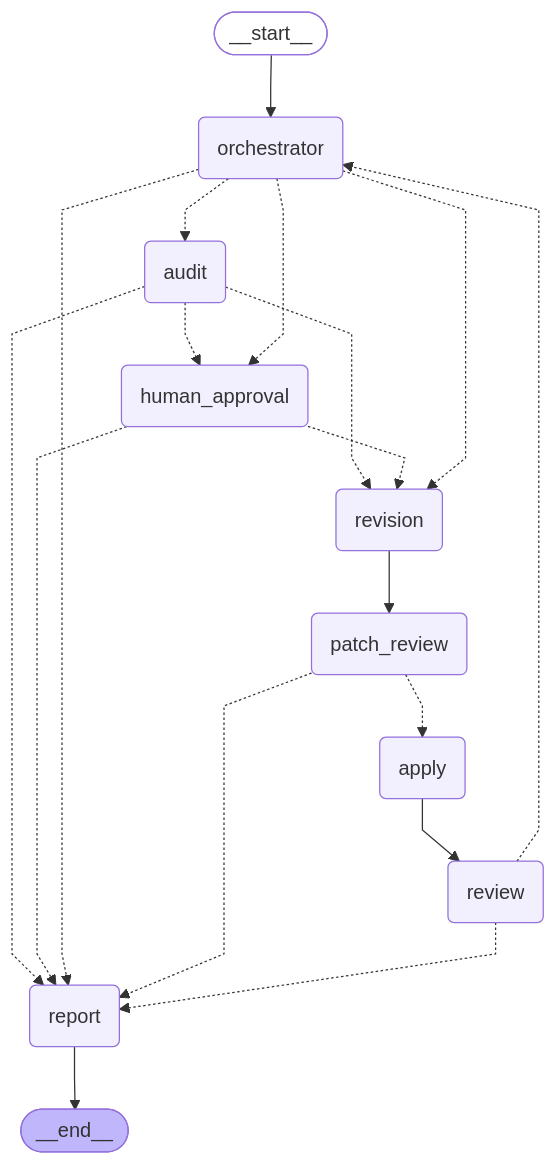
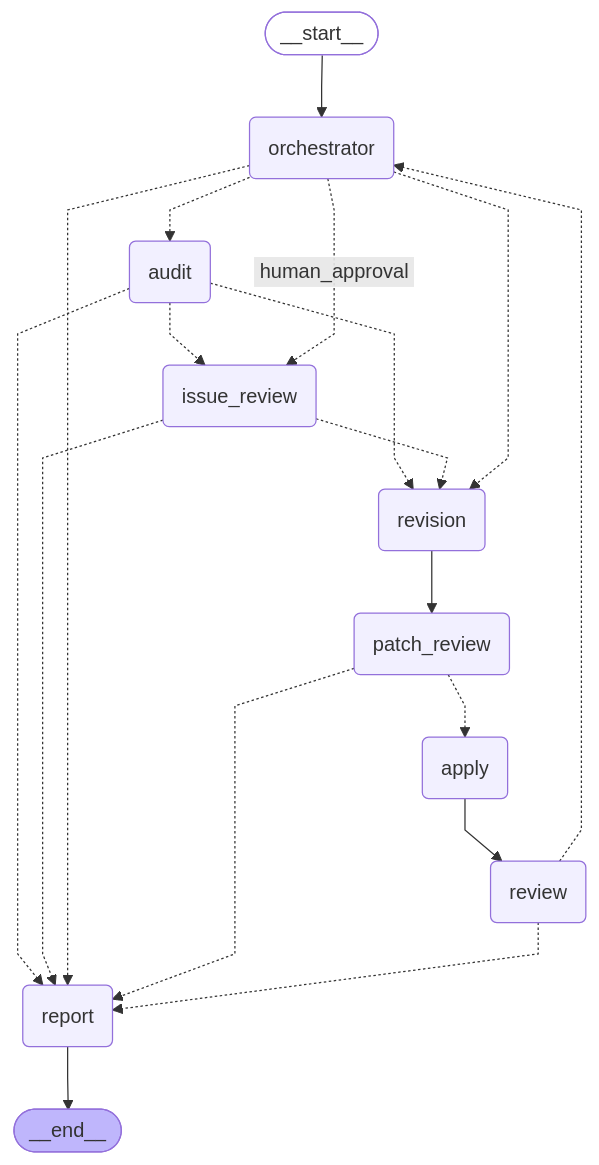
Before and after one commit to cl0ud666/paper_revision_agent: the diagram in workflow_graph.mmd, drawn with Mermaid. The commit also changed 88 other files, not shown here.

```diff
--- a/workflow_graph.mmd
+++ b/workflow_graph.mmd
@@ -1,36 +1,36 @@
 ---
 config:
   flowchart:
     curve: linear
 ---
 graph TD;
 	__start__([<p>__start__</p>]):::first
 	orchestrator(orchestrator)
 	audit(audit)
-	human_approval(human_approval)
+	issue_review(issue_review)
 	revision(revision)
 	patch_review(patch_review)
 	apply(apply)
 	review(review)
 	report(report)
 	__end__([<p>__end__</p>]):::last
 	__start__ --> orchestrator;
 	apply --> review;
-	audit -.-> human_approval;
+	audit -.-> issue_review;
 	audit -.-> report;
 	audit -.-> revision;
-	human_approval -.-> report;
-	human_approval -.-> revision;
+	issue_review -.-> report;
+	issue_review -.-> revision;
 	orchestrator -.-> audit;
-	orchestrator -.-> human_approval;
+	orchestrator -. &nbsp;human_approval&nbsp; .-> issue_review;
 	orchestrator -.-> report;
 	orchestrator -.-> revision;
 	patch_review -.-> apply;
 	patch_review -.-> report;
 	review -.-> orchestrator;
 	review -.-> report;
 	revision --> patch_review;
 	report --> __end__;
 	classDef default fill:#f2f0ff,line-height:1.2
 	classDef first fill-opacity:0
 	classDef last fill:#bfb6fc
```
